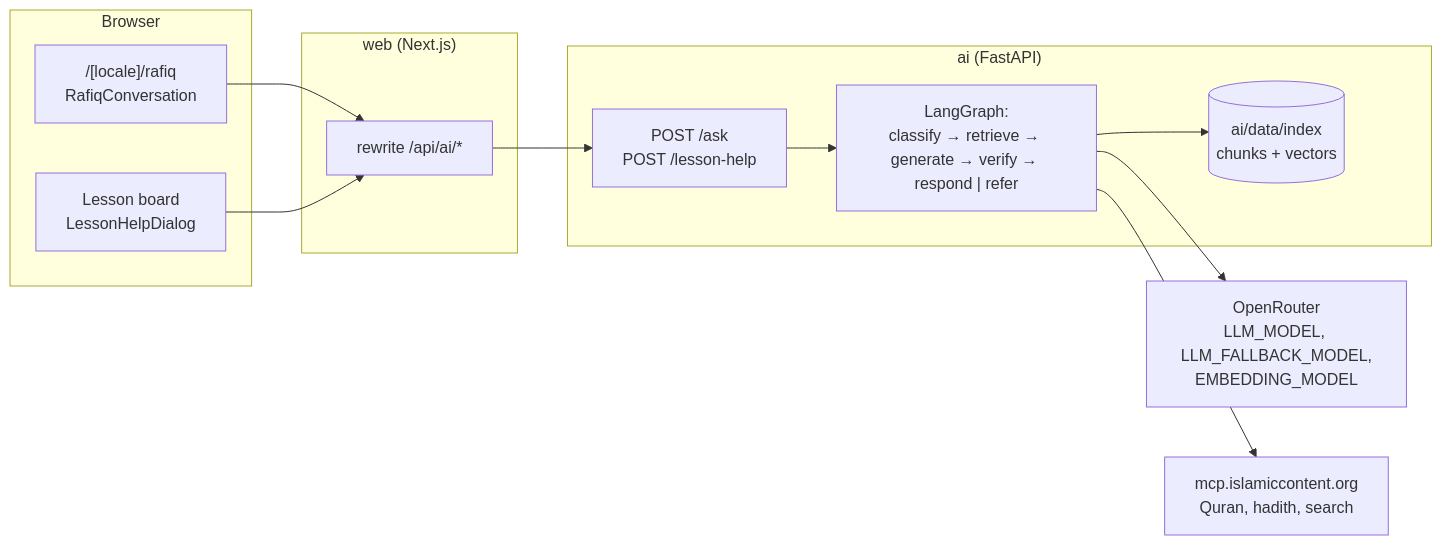
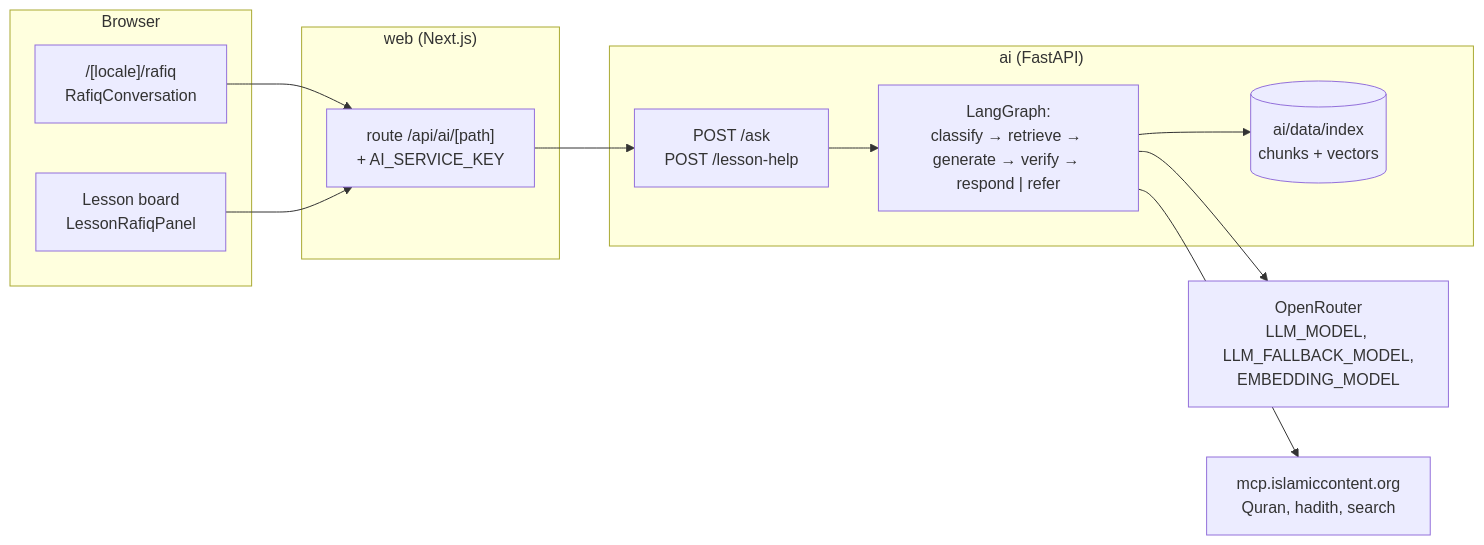
The diagram in docs/ARCHITECTURE.md (tfcoMoBkr/Rehla-islamicaich-tfco), drawn with Mermaid before and after one commit. The commit also changed other lines of this file and 29 other files, not shown here.

````diff
--- a/docs/ARCHITECTURE.md
+++ b/docs/ARCHITECTURE.md
@@ -31,23 +31,23 @@
 ```mermaid
 flowchart LR
     subgraph Browser
       P["/[locale]/rafiq<br/>RafiqConversation"]
-      H["Lesson board<br/>LessonHelpDialog"]
+      H["Lesson board<br/>LessonRafiqPanel"]
     end
     subgraph web["web (Next.js)"]
-      RW["rewrite /api/ai/*"]
+      RW["route /api/ai/[path]<br/>+ AI_SERVICE_KEY"]
     end
     subgraph ai["ai (FastAPI)"]
       API["POST /ask<br/>POST /lesson-help"]
       G["LangGraph:<br/>classify → retrieve → generate → verify → respond | refer"]
       IDX[("ai/data/index<br/>chunks + vectors")]
     end
     OR["OpenRouter<br/>LLM_MODEL, LLM_FALLBACK_MODEL,<br/>EMBEDDING_MODEL"]
     MCP["mcp.islamiccontent.org<br/>Quran, hadith, search"]
     P --> RW
     H --> RW
     RW --> API --> G
     G --> IDX
     G --> OR
     G --> MCP
 ```
````
